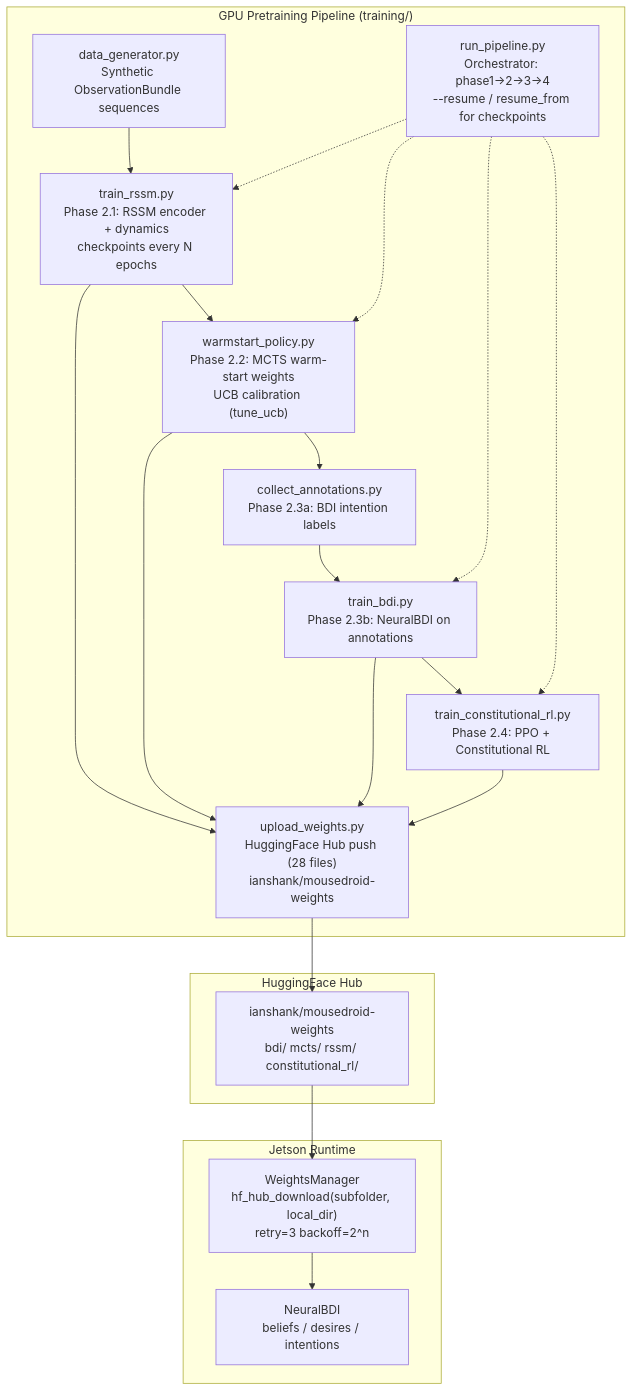
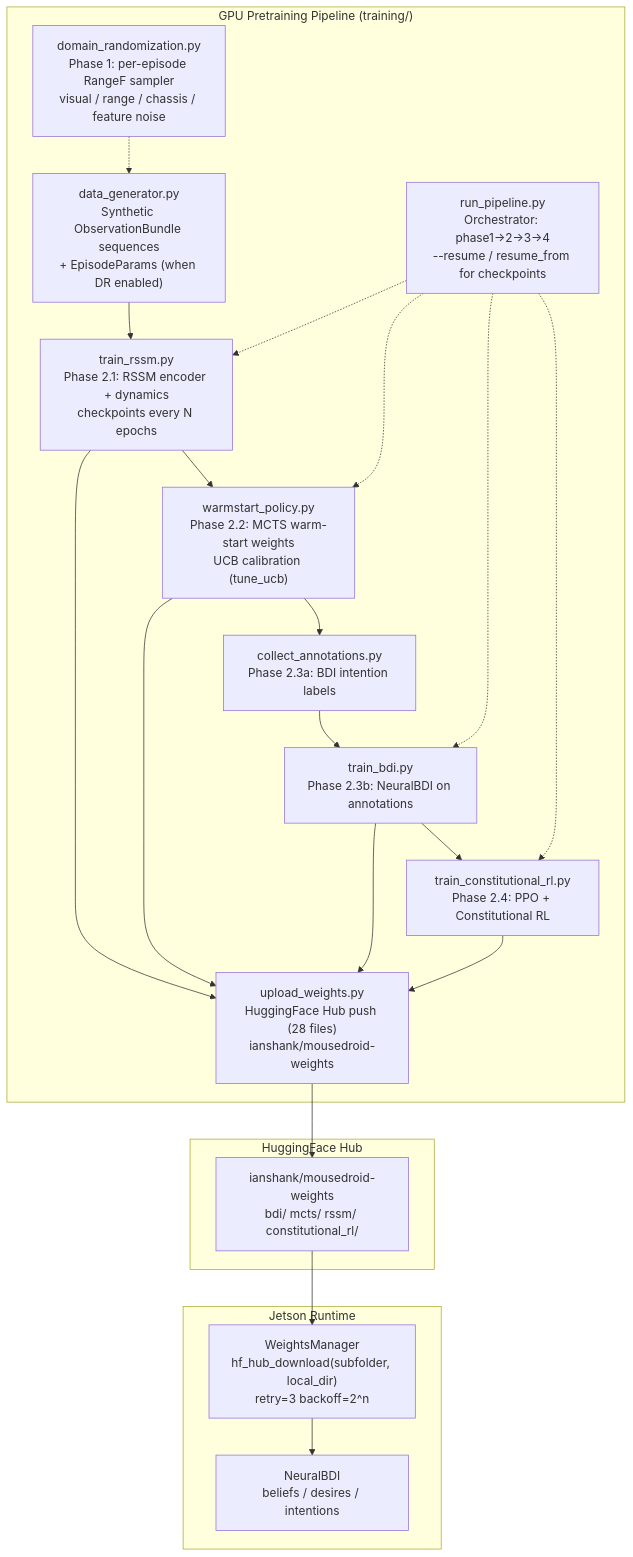
One commit to ianshank/Mouse-Droid-AGI changed diagram 16 of 18 in docs/architecture.md. Above: the diagram before and after it, drawn with Mermaid. The commit also changed other lines of this file and 5 other files, not shown here.

First line of the commit message:
docs(physical-ai): Phase 1 changelog, C4 architecture, regression coverage, roadmap

````diff
--- a/docs/architecture.md
+++ b/docs/architecture.md
@@ -723,31 +723,33 @@
 ```mermaid
 graph TD
     subgraph Pipeline["GPU Pretraining Pipeline (training/)"]
-        DG["data_generator.py\nSynthetic ObservationBundle sequences"]
+        DR["domain_randomization.py\nPhase 1: per-episode RangeF sampler\nvisual / range / chassis / feature noise"]
+        DG["data_generator.py\nSynthetic ObservationBundle sequences\n+ EpisodeParams (when DR enabled)"]
         RSSM_T["train_rssm.py\nPhase 2.1: RSSM encoder + dynamics\ncheckpoints every N epochs"]
         WS["warmstart_policy.py\nPhase 2.2: MCTS warm-start weights\nUCB calibration (tune_ucb)"]
         CA["collect_annotations.py\nPhase 2.3a: BDI intention labels"]
         BDI_T["train_bdi.py\nPhase 2.3b: NeuralBDI on annotations"]
         CRL["train_constitutional_rl.py\nPhase 2.4: PPO + Constitutional RL"]
         RP["run_pipeline.py\nOrchestrator: phase1→2→3→4\n--resume / resume_from for checkpoints"]
         UP["upload_weights.py\nHuggingFace Hub push (28 files)\nianshank/mousedroid-weights"]
     end
+    DR -.-> DG
     subgraph HF["HuggingFace Hub"]
         HFRepo["ianshank/mousedroid-weights\nbdi/ mcts/ rssm/ constitutional_rl/"]
     end
     subgraph Deploy["Jetson Runtime"]
         WM["WeightsManager\nhf_hub_download(subfolder, local_dir)\nretry=3 backoff=2^n"]
         NeuralBDI["NeuralBDI\nbeliefs / desires / intentions"]
     end
 
     DG --> RSSM_T
     RSSM_T --> WS
     WS --> CA
     CA --> BDI_T
     BDI_T --> CRL
     RSSM_T & WS & BDI_T & CRL --> UP
     UP --> HFRepo
     RP -.-> RSSM_T & WS & BDI_T & CRL
     HFRepo --> WM
     WM --> NeuralBDI
 ```
````
